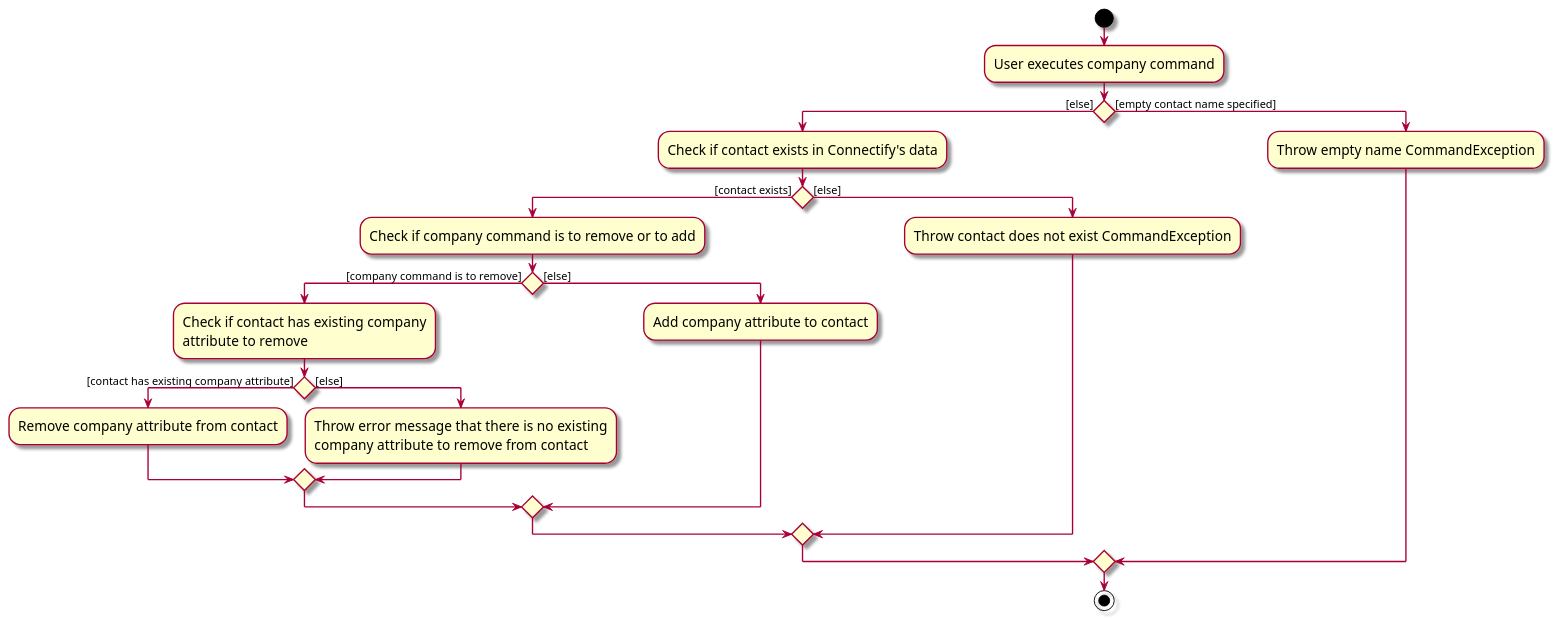
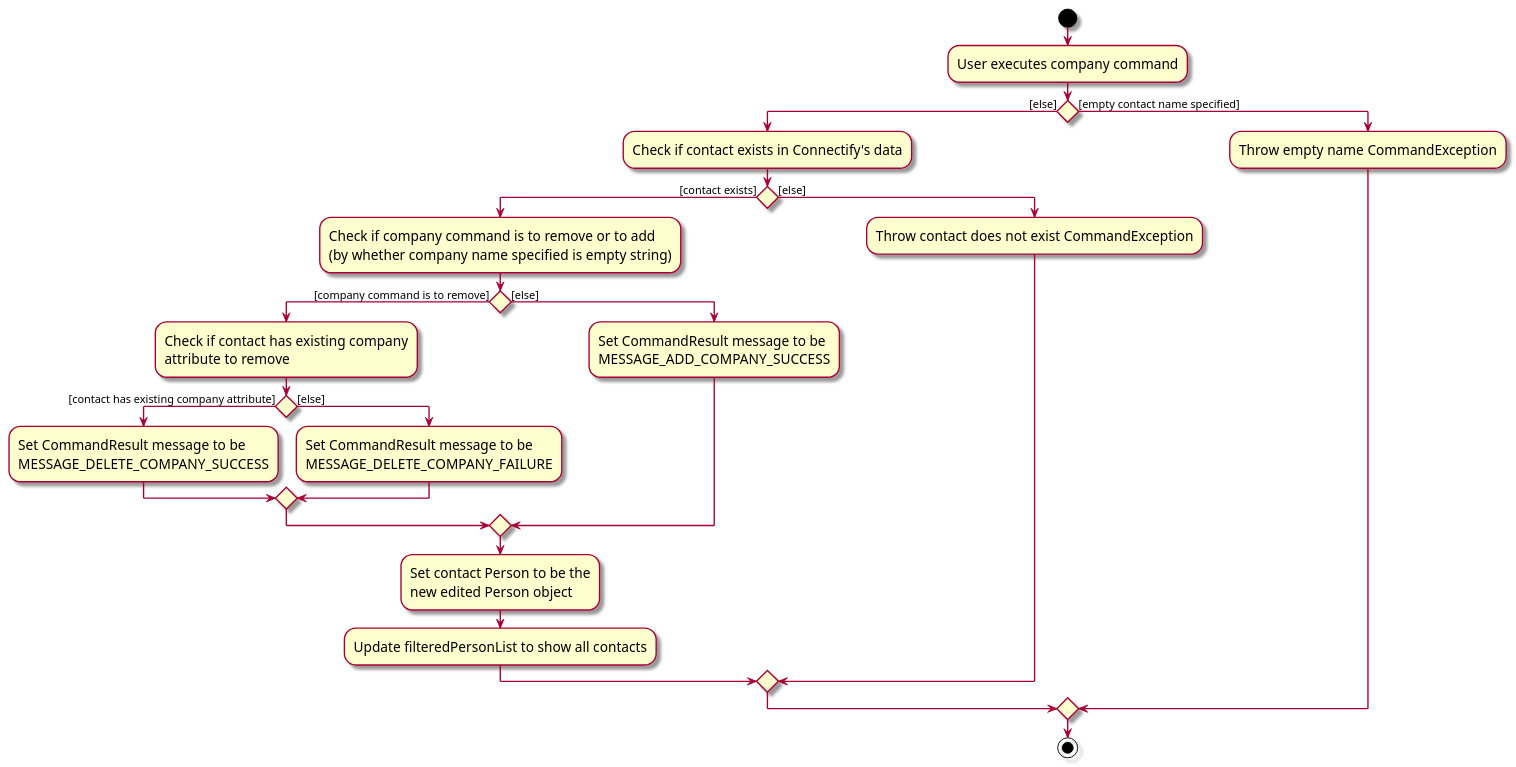
The diagram in diagrams/CompanyCommandActivityDiagram.puml (AY2324S2-CS2103T-F14-4/tp), drawn with PlantUML before and after one commit. The commit also changed 31 other files, not shown here.

```diff
--- a/diagrams/CompanyCommandActivityDiagram.puml
+++ b/diagrams/CompanyCommandActivityDiagram.puml
@@ -1,34 +1,40 @@
 @startuml
 skin rose
 skinparam ActivityFontSize 15
 skinparam ArrowFontSize 12
 start
 :User executes company command;
 
 'Since the beta syntax does not support placing the condition outside the
 'diamond we place it as the true branch instead.
 
 if () then ([else])
     :Check if contact exists in Connectify's data;
         if () then ([contact exists])
-            :Check if company command is to remove or to add;
+            :Check if company command is to remove or to add
+            (by whether company name specified is empty string);
                 if () then ([company command is to remove])
                     :Check if contact has existing company
                     attribute to remove;
                         if () then ([contact has existing company attribute])
-                            :Remove company attribute from contact;
+                            :Set CommandResult message to be
+                            MESSAGE_DELETE_COMPANY_SUCCESS;
                         else ([else])
-                            :Throw error message that there is no existing
-                            company attribute to remove from contact;
+                            :Set CommandResult message to be
+                            MESSAGE_DELETE_COMPANY_FAILURE;
                         endif
                 else ([else])
-                    :Add company attribute to contact;
+                    :Set CommandResult message to be
+                    MESSAGE_ADD_COMPANY_SUCCESS;
                 endif
+                :Set contact Person to be the
+                new edited Person object;
+                :Update filteredPersonList to show all contacts;
         else ([else])
             :Throw contact does not exist CommandException;
         endif
 else ([empty contact name specified])
     :Throw empty name CommandException;
 endif
 stop
 @enduml
```
